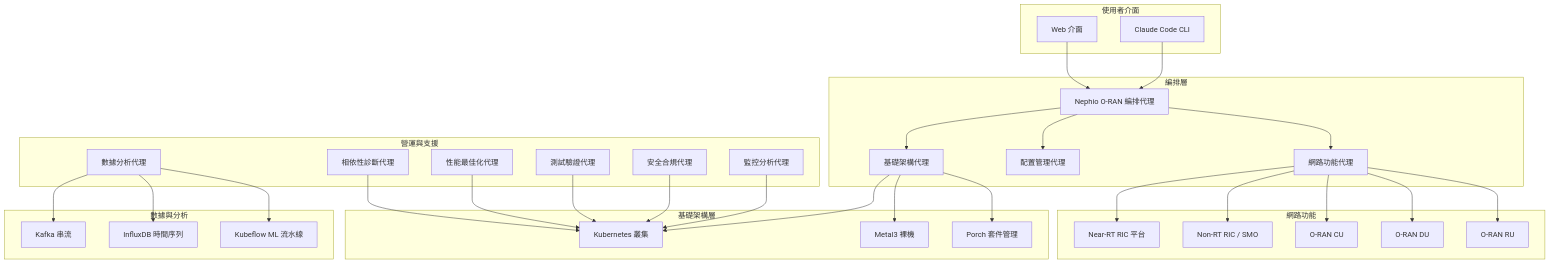
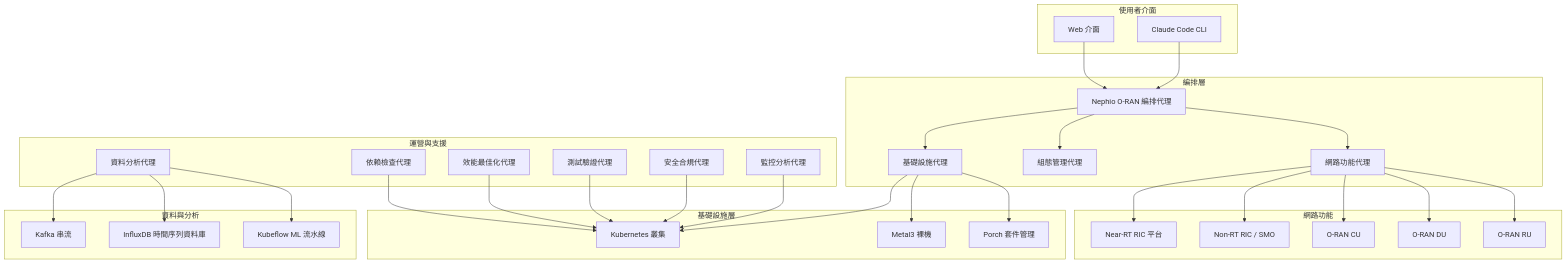
One commit to thc1006/nephio-oran-claude-agents changed the diagram in website/i18n/zh-TW/docusaurus-plugin-content-docs/current/intro.md. Above: the diagram before and after it, drawn with Mermaid. The commit also changed other lines of this file and 18 other files, not shown here.

````diff
--- a/website/i18n/zh-TW/docusaurus-plugin-content-docs/current/intro.md
+++ b/website/i18n/zh-TW/docusaurus-plugin-content-docs/current/intro.md
@@ -23,51 +23,51 @@
 ```mermaid
 graph TB
     subgraph "使用者介面"
         CLI[Claude Code CLI]
         WEB[Web 介面]
     end
     
     subgraph "編排層"
         ORC[Nephio O-RAN 編排代理]
-        ORC --> INF[基礎架構代理]
-        ORC --> CFG[配置管理代理]
+        ORC --> INF[基礎設施代理]
+        ORC --> CFG[組態管理代理]
         ORC --> NF[網路功能代理]
     end
     
-    subgraph "基礎架構層"
+    subgraph "基礎設施層"
         INF --> K8S[Kubernetes 叢集]
         INF --> METAL[Metal3 裸機]
         INF --> PORCH[Porch 套件管理]
     end
     
     subgraph "網路功能"
         NF --> RIC[Near-RT RIC 平台]
         NF --> SMO[Non-RT RIC / SMO]
         NF --> CU[O-RAN CU]
         NF --> DU[O-RAN DU]
         NF --> RU[O-RAN RU]
     end
     
-    subgraph "營運與支援"
+    subgraph "運營與支援"
         MON[監控分析代理]
         SEC[安全合規代理]
         TEST[測試驗證代理]
-        PERF[性能最佳化代理]
-        DATA[數據分析代理]
-        DOC[相依性診斷代理]
+        PERF[效能最佳化代理]
+        DATA[資料分析代理]
+        DOC[依賴檢查代理]
     end
     
-    subgraph "數據與分析"
+    subgraph "資料與分析"
         DATA --> KAFKA[Kafka 串流]
-        DATA --> INFLUX[InfluxDB 時間序列]
+        DATA --> INFLUX[InfluxDB 時間序列資料庫]
         DATA --> ML[Kubeflow ML 流水線]
     end
     
     CLI --> ORC
     WEB --> ORC
     MON --> K8S
     SEC --> K8S
     TEST --> K8S
     PERF --> K8S
     DOC --> K8S
 ```
````
